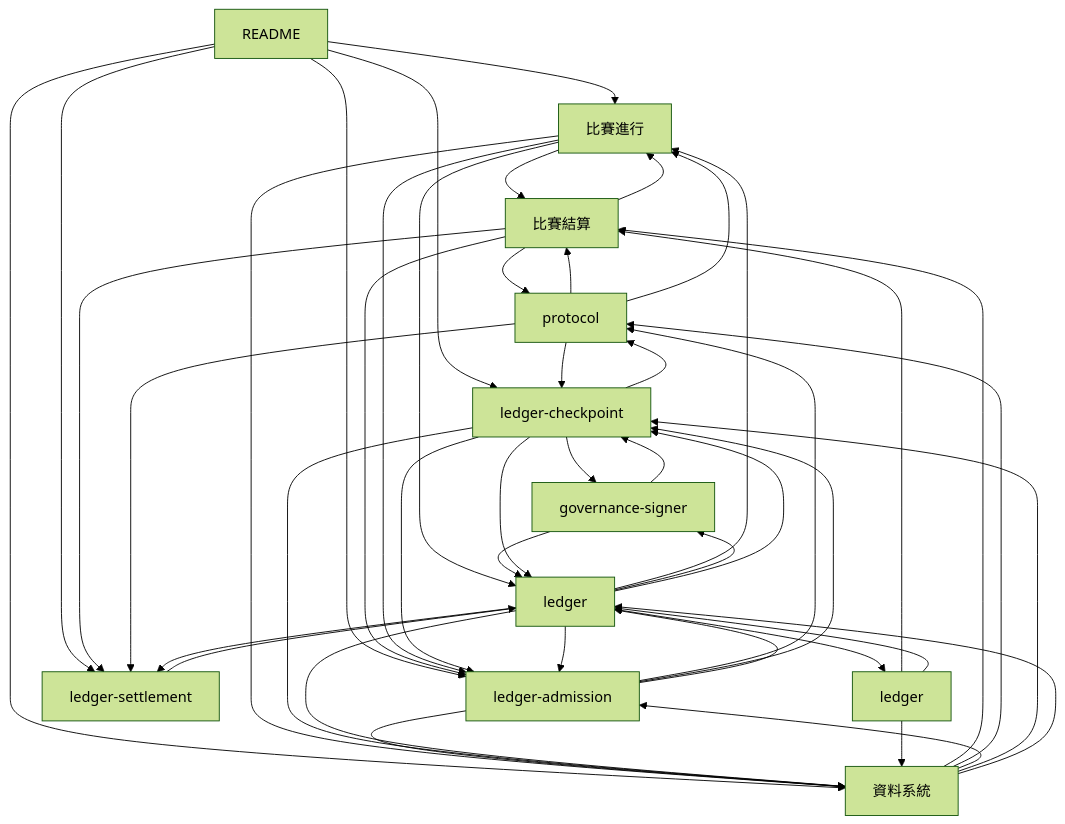
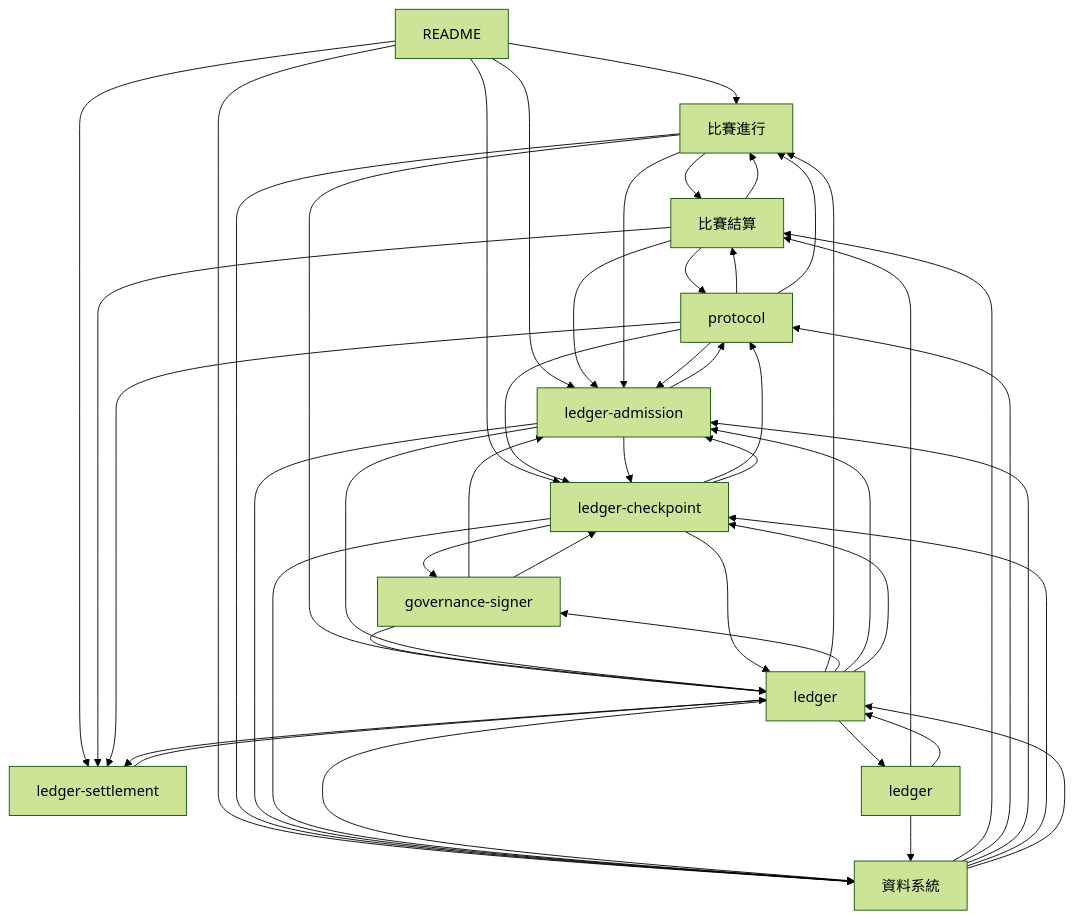
One commit to xjustloveux/open-4wd-specs changed the first of 17 diagrams in docs-map.md. Above: the diagram before and after it, drawn with Mermaid (forest theme). The commit also changed other lines of this file and 19 other files, not shown here.

````diff
--- a/docs-map.md
+++ b/docs-map.md
@@ -50,58 +50,60 @@
 ```mermaid
 flowchart TB
   n0["README"]
   n1["比賽結算"]
   n2["比賽進行"]
   n3["protocol"]
   n4["governance-signer"]
   n5["ledger-admission"]
   n6["ledger-checkpoint"]
   n7["ledger-settlement"]
   n8["ledger"]
   n9["ledger"]
   n10["資料系統"]
   n0 --> n2
   n0 --> n5
   n0 --> n6
   n0 --> n7
   n0 --> n10
   n1 --> n2
   n1 --> n3
   n1 --> n5
   n1 --> n7
   n2 --> n1
   n2 --> n5
   n2 --> n8
   n2 --> n10
   n3 --> n1
   n3 --> n2
+  n3 --> n5
   n3 --> n6
   n3 --> n7
+  n4 --> n5
   n4 --> n6
   n4 --> n8
   n5 --> n3
   n5 --> n6
   n5 --> n8
   n5 --> n10
   n6 --> n3
   n6 --> n4
   n6 --> n5
   n6 --> n8
   n6 --> n10
   n7 --> n8
   n8 --> n2
   n8 --> n4
   n8 --> n5
   n8 --> n6
   n8 --> n7
   n8 --> n9
   n8 --> n10
   n9 --> n1
   n9 --> n8
   n9 --> n10
   n10 --> n1
   n10 --> n3
   n10 --> n5
   n10 --> n6
   n10 --> n8
 ```
````
